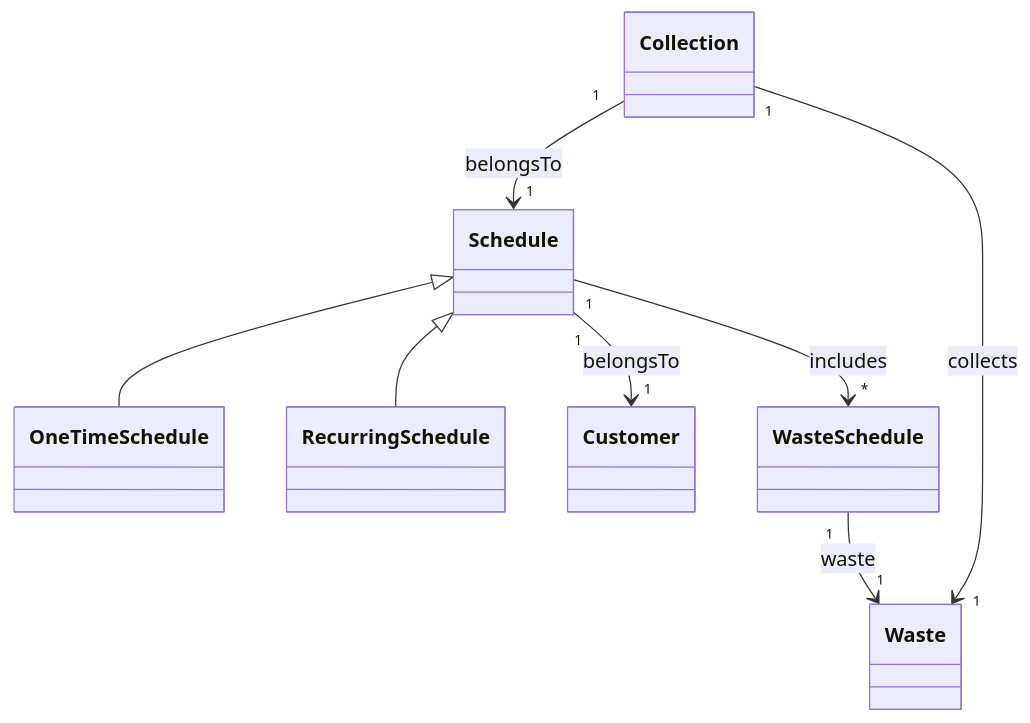
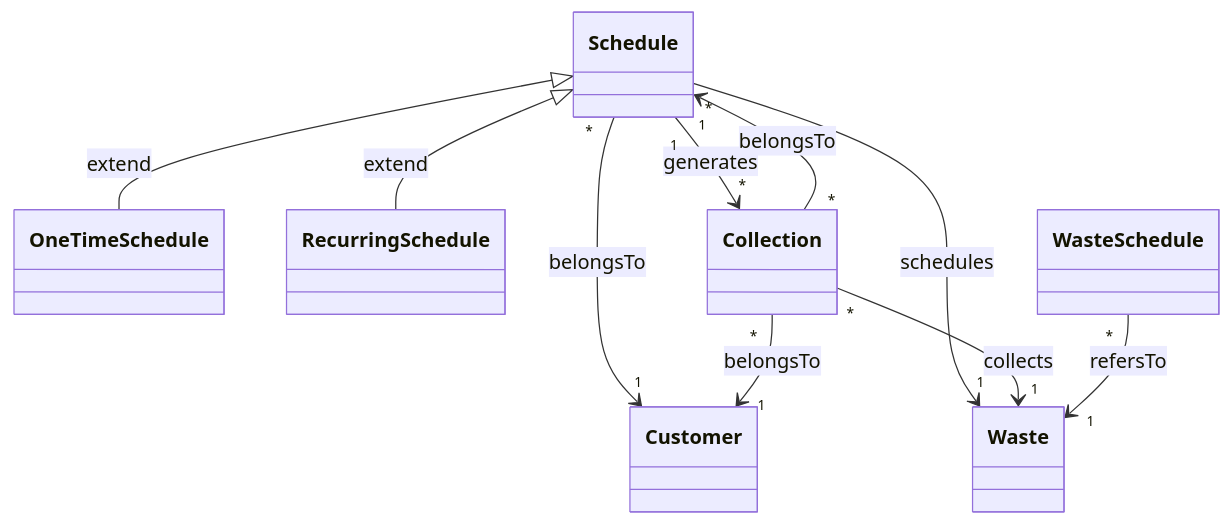
The second of 14 diagrams in README.md (Alex-Cambrini/pss24-25-WasteMaster-Cambrini-Ferrari-Ragazzini), drawn with Mermaid before and after one commit. The commit also changed other lines of this file, not shown here.

````diff
--- a/README.md
+++ b/README.md
@@ -136,18 +140,25 @@
 ```mermaid
 classDiagram
+    %% Classi principali
     class Schedule
     class OneTimeSchedule
     class RecurringSchedule
     class Waste
     class WasteSchedule
     class Collection
     class Customer
 
-    Schedule <|-- OneTimeSchedule
-    Schedule <|-- RecurringSchedule
-    Schedule "1" --> "1" Customer : belongsTo
-    Schedule "1" --> "*" WasteSchedule : includes
-    Collection "1" --> "1" Schedule : belongsTo
-    Collection "1" --> "1" Waste : collects
-    WasteSchedule "1" --> "1" Waste : waste
+    %% Inheritance
+    Schedule <|-- OneTimeSchedule : extend
+    Schedule <|-- RecurringSchedule : extend
+
+
+    %% Main associations
+    Schedule "*" --> "1" Customer : belongsTo
+    Schedule "*" --> "1" Waste : schedules
+    Schedule "1" --> "*" Collection : generates
+    Collection "*" --> "1" Schedule : belongsTo
+    Collection "*" --> "1" Waste : collects
+    Collection "*" --> "1" Customer : belongsTo
+    WasteSchedule "*" --> "1" Waste : refersTo
 ```
````
